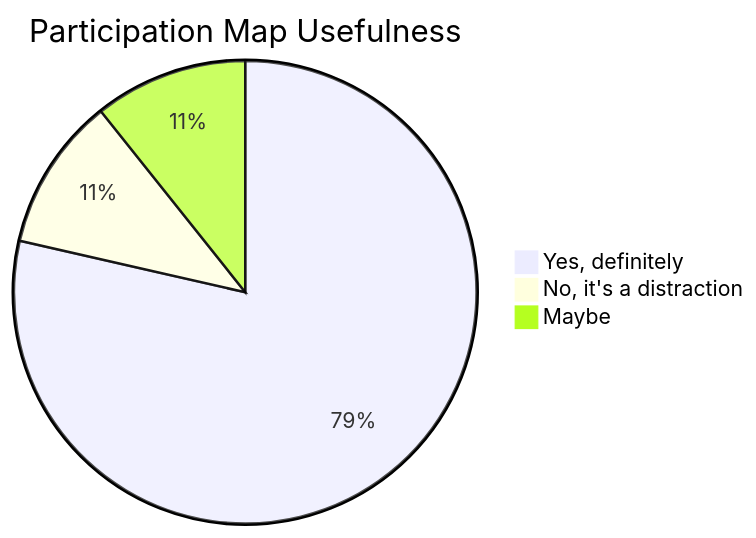
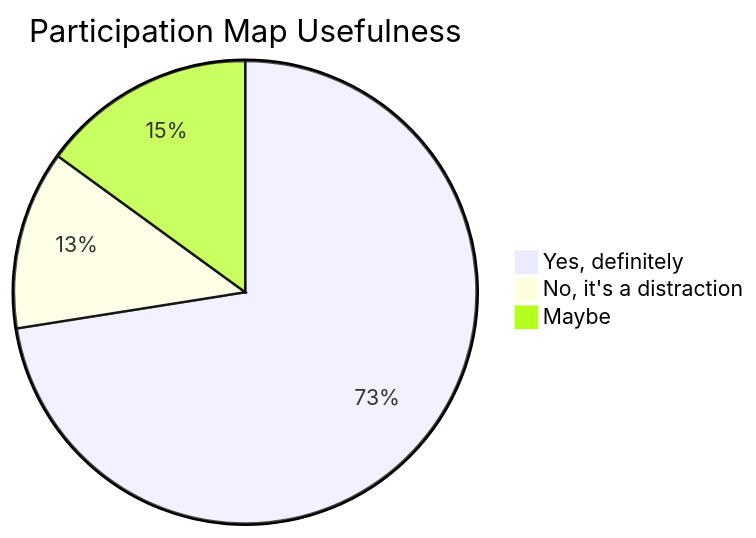
The second of 6 diagrams in documents/customer-interview-record.md (TheAyoosh/MeetScribe-AI), drawn with Mermaid before and after one commit. The commit also changed other lines of this file and 3 other files, not shown here.

````diff
--- a/documents/customer-interview-record.md
+++ b/documents/customer-interview-record.md
@@ -31,6 +31,6 @@
 ```mermaid
 pie title Participation Map Usefulness
-    "Yes, definitely" : 22
-    "No, it's a distraction" : 3
-    "Maybe" : 3
+    "Yes, definitely" : 29
+    "No, it's a distraction" : 5
+    "Maybe" : 6
 ```
````
